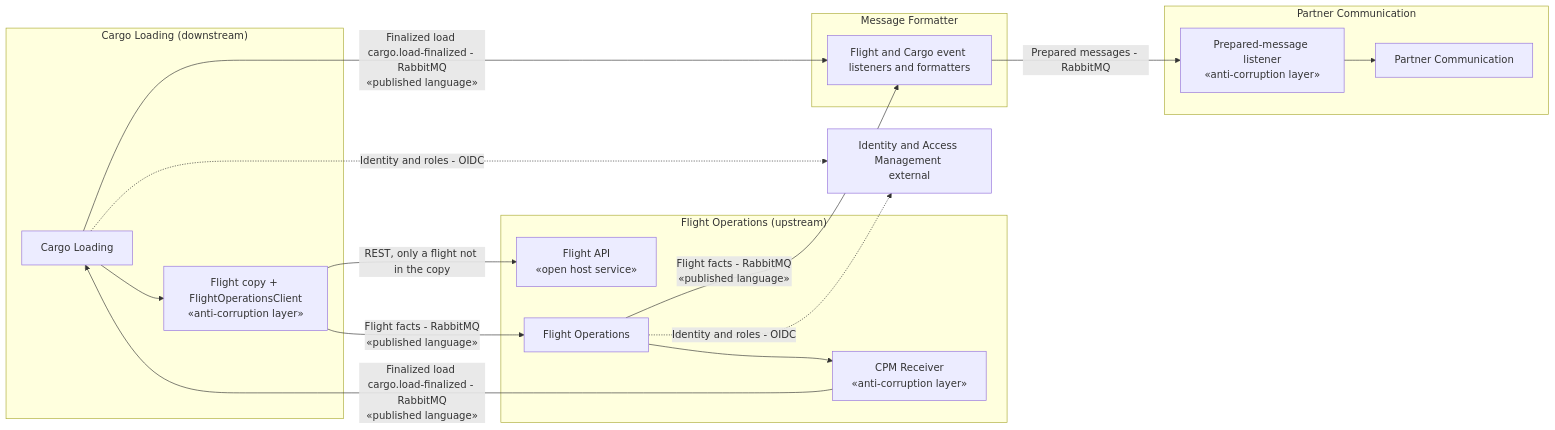
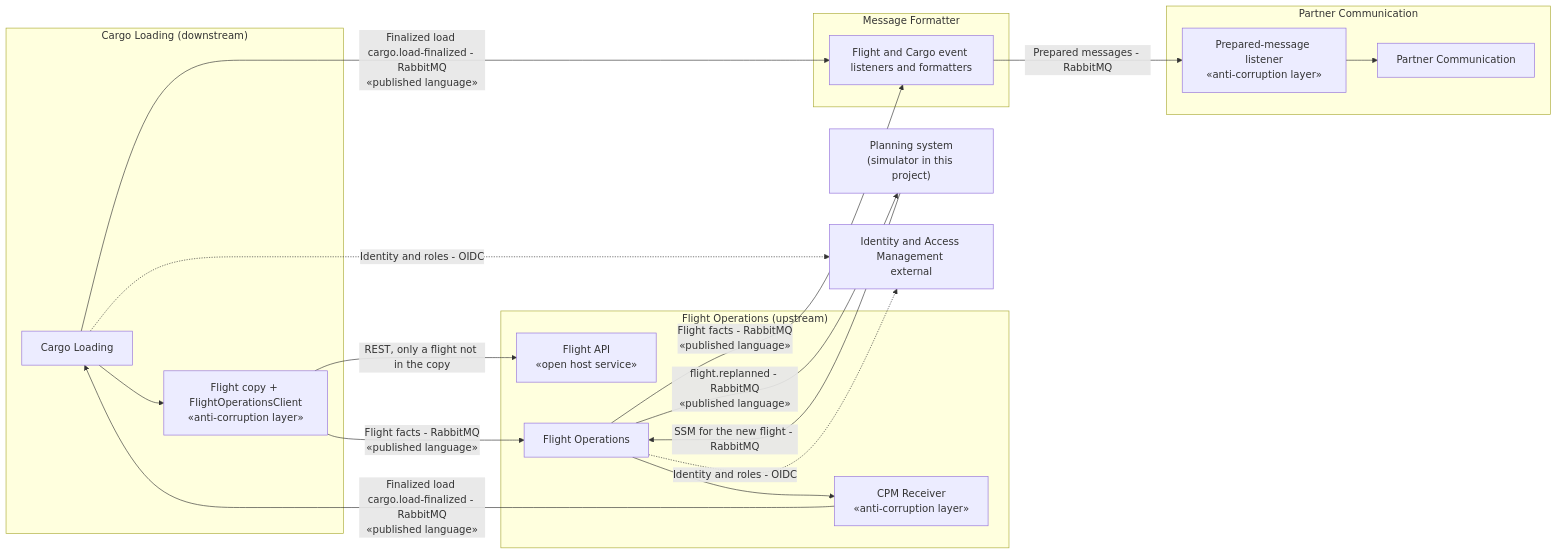
The second of 9 diagrams in architecture/analyse.md (ebhd/air-freight-operations), drawn with Mermaid before and after one commit. The commit also changed other lines of this file and 1 other file, not shown here.

Commit message:
Document flight replanning

````diff
--- a/architecture/analyse.md
+++ b/architecture/analyse.md
@@ -60,40 +60,44 @@
 ```mermaid
 flowchart LR
 
     subgraph CL_CTX["Cargo Loading (downstream)"]
         CL["Cargo Loading"]
         FlightACL["Flight copy + FlightOperationsClient<br/>«anti-corruption layer»"]
 
         CL --> FlightACL
     end
 
     subgraph FO_CTX["Flight Operations (upstream)"]
         FlightAPI["Flight API<br/>«open host service»"]
         FO["Flight Operations"]
         CPMReceiver["CPM Receiver<br/>«anti-corruption layer»"]
 
         FO --> CPMReceiver
     end
 
+    Planning["Planning system<br/>(simulator in this project)"]
+
     subgraph MF_CTX["Message Formatter"]
         FlightFormatter["Flight and Cargo event listeners and formatters"]
     end
     subgraph PC_CTX["Partner Communication"]
         PreparedACL["Prepared-message listener<br/>«anti-corruption layer»"]
         PC["Partner Communication"]
         PreparedACL --> PC
     end
 
     IAM["Identity and Access Management <br/>external"]
 
     FlightACL -->|"REST, only a flight not in the copy"| FlightAPI
     FlightACL -->|"Flight facts - RabbitMQ<br/>«published language»"| FO
 
     CPMReceiver -->|"Finalized load cargo.load-finalized - RabbitMQ<br/>«published language»"| CL
 
+    FO -->|"flight.replanned - RabbitMQ<br/>«published language»"| Planning
+    Planning -->|"SSM for the new flight - RabbitMQ"| FO
     FO -->|"Flight facts - RabbitMQ<br/>«published language»"| FlightFormatter
     CL -->|"Finalized load cargo.load-finalized - RabbitMQ<br/>«published language»"| FlightFormatter
     FlightFormatter -->|"Prepared messages - RabbitMQ"| PreparedACL
     FO -.->|"Identity and roles - OIDC"| IAM
     CL -.->|"Identity and roles - OIDC"| IAM
 ```
````
